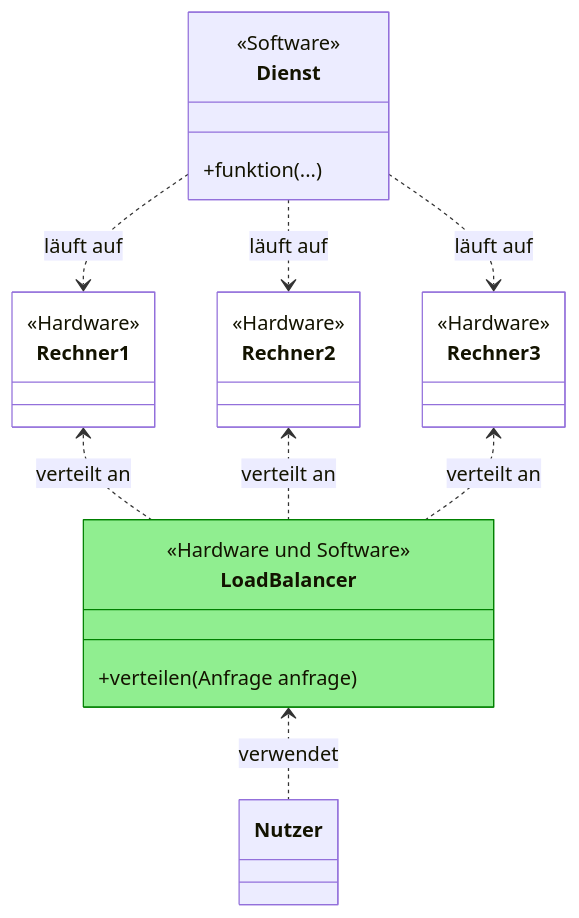
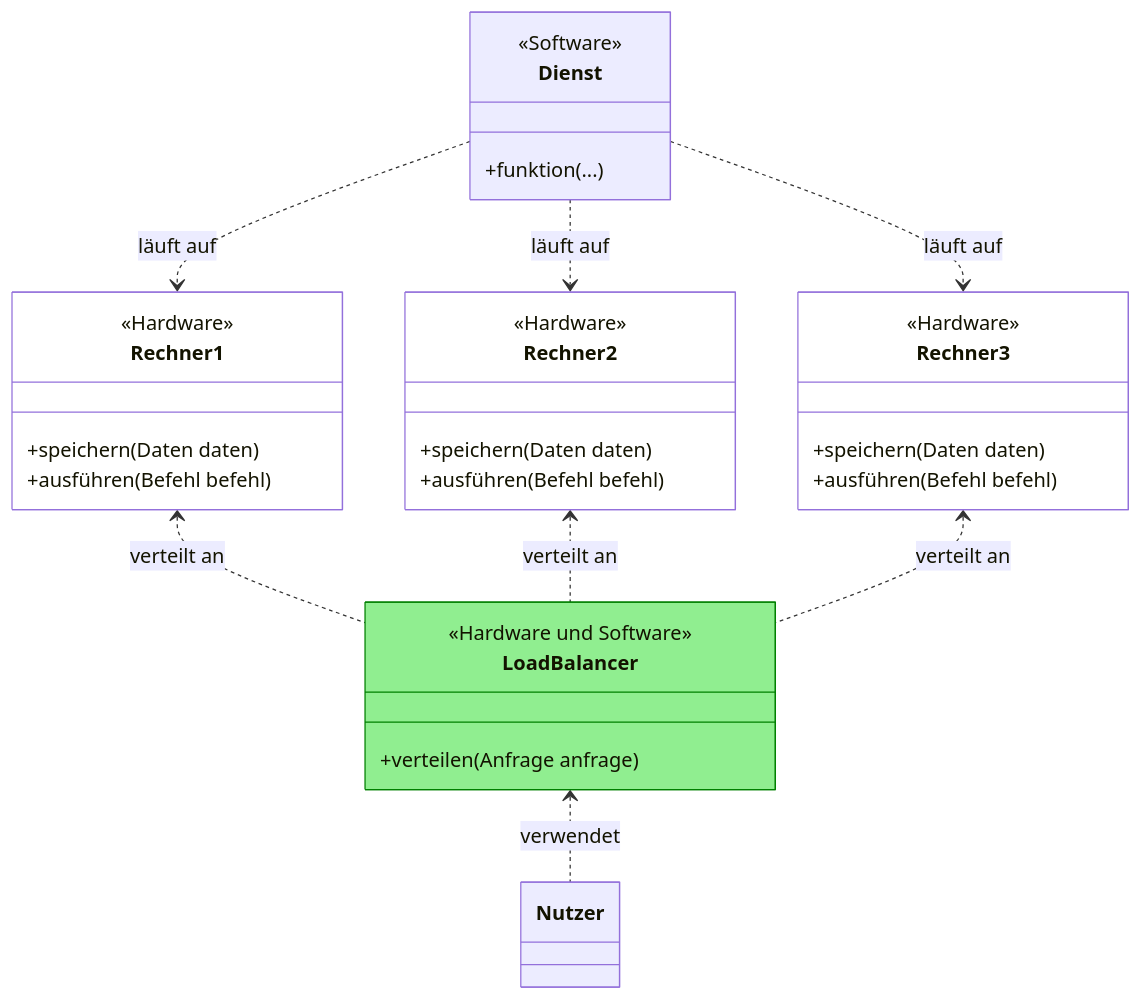
One commit to ghackenberg/software-engineering-kurs changed the diagram in Grafiken/Architekturmuster/Skalierbar.mmd. Above: the diagram before and after it, drawn with Mermaid. The commit also changed 2 other files, not shown here.

Commit message:
kleine Anpassung des Diagramms

```diff
--- a/Grafiken/Architekturmuster/Skalierbar.mmd
+++ b/Grafiken/Architekturmuster/Skalierbar.mmd
@@ -1,43 +1,49 @@
 classDiagram
 
     class Nutzer {
 
     }
 
     class LoadBalancer {
         <<Hardware und Software>>
         +verteilen(Anfrage anfrage)
     }
 
     class Dienst {
         <<Software>>
         +funktion(...)
     }
 
     class Rechner1 {
         <<Hardware>>
+        +speichern(Daten daten)
+        +ausführen(Befehl befehl)
     }
 
     class Rechner2 {
         <<Hardware>>
+        +speichern(Daten daten)
+        +ausführen(Befehl befehl)
     }
 
     class Rechner3 {
         <<Hardware>>
+        +speichern(Daten daten)
+        +ausführen(Befehl befehl)
     }
 
     Dienst ..> Rechner1: läuft auf
     Dienst ..> Rechner2: läuft auf
     Dienst ..> Rechner3: läuft auf
 
     Rechner1 <.. LoadBalancer: verteilt an
     Rechner2 <.. LoadBalancer: verteilt an
     Rechner3 <.. LoadBalancer: verteilt an
 
     LoadBalancer <.. Nutzer: verwendet
     
     style Rechner1 fill:white
     style Rechner2 fill:white
     style Rechner3 fill:white
 
     style LoadBalancer fill:lightgreen,stroke:green
```
